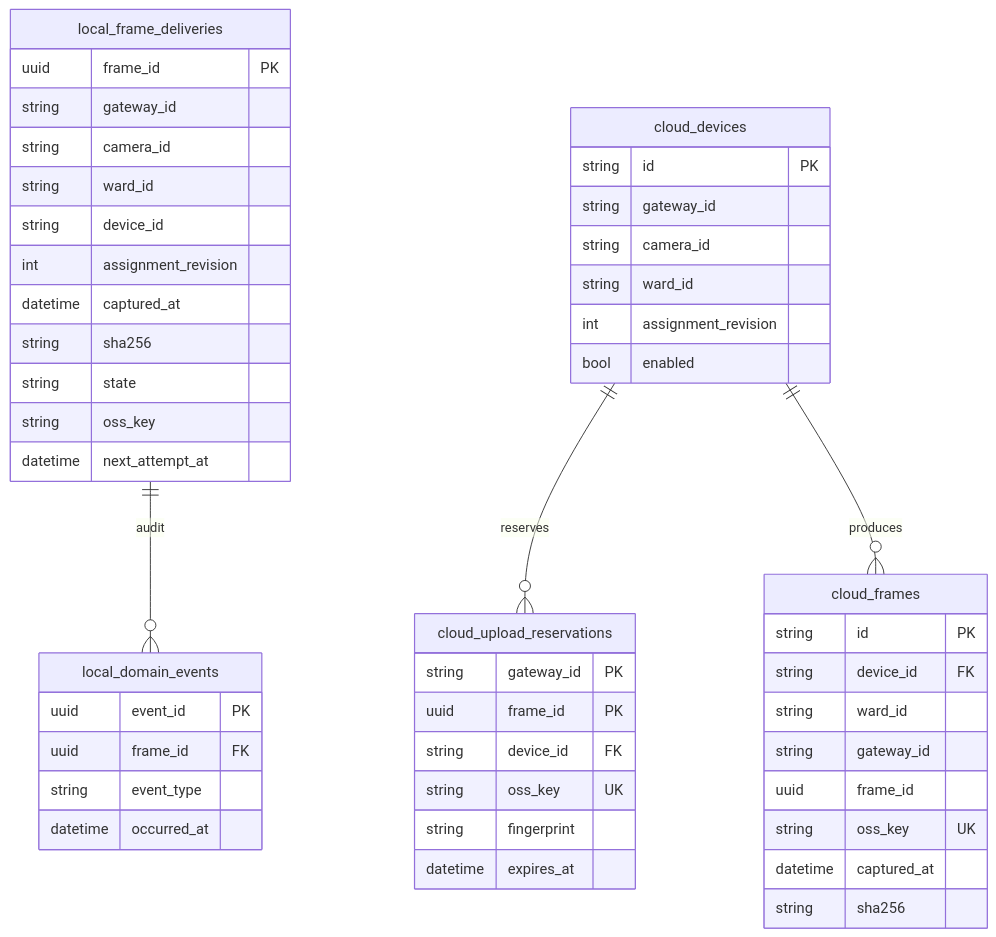
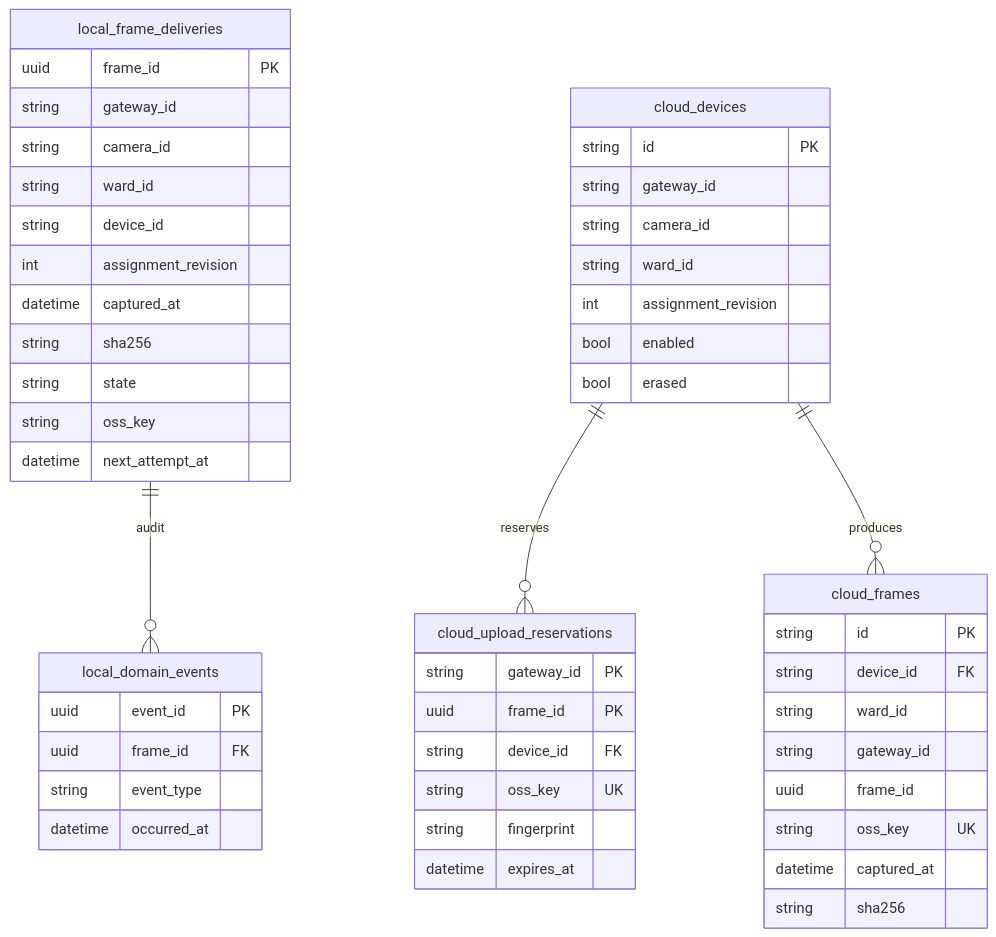
Before and after one commit to johanchow/duxue: the eighth of 8 diagrams in docs/technical/design-gateway.md, drawn with Mermaid. The commit also changed other lines of this file and 62 other files, not shown here.

````diff
--- a/docs/technical/design-gateway.md
+++ b/docs/technical/design-gateway.md
@@ -448,51 +488,52 @@
 ```mermaid
 erDiagram
     local_frame_deliveries {
         uuid frame_id PK
         string gateway_id
         string camera_id
         string ward_id
         string device_id
         int assignment_revision
         datetime captured_at
         string sha256
         string state
         string oss_key
         datetime next_attempt_at
     }
     local_domain_events {
         uuid event_id PK
         uuid frame_id FK
         string event_type
         datetime occurred_at
     }
     cloud_devices {
         string id PK
         string gateway_id
         string camera_id
         string ward_id
         int assignment_revision
         bool enabled
+        bool erased
     }
     cloud_upload_reservations {
         string gateway_id PK
         uuid frame_id PK
         string device_id FK
         string oss_key UK
         string fingerprint
         datetime expires_at
     }
     cloud_frames {
         string id PK
         string device_id FK
         string ward_id
         string gateway_id
         uuid frame_id
         string oss_key UK
         datetime captured_at
         string sha256
     }
     local_frame_deliveries ||--o{ local_domain_events : audit
     cloud_devices ||--o{ cloud_upload_reservations : reserves
     cloud_devices ||--o{ cloud_frames : produces
 ```
````
